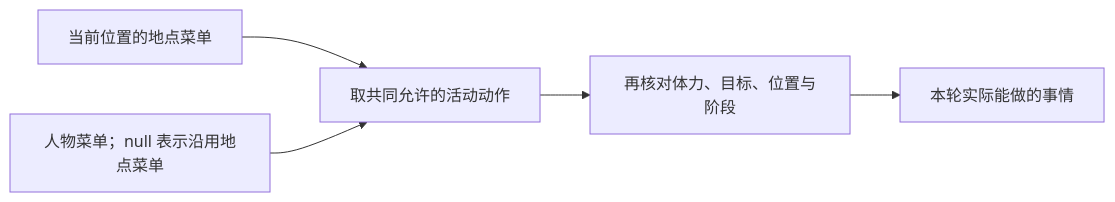
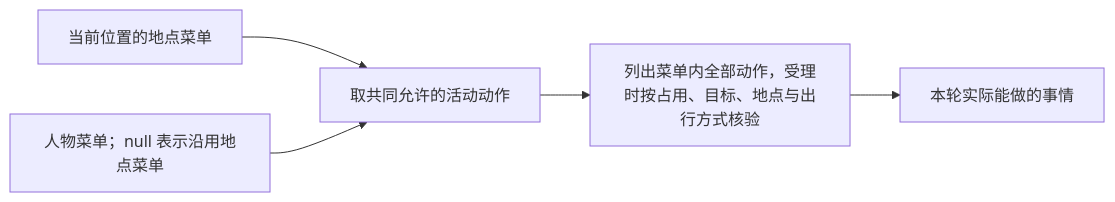
The second of 2 diagrams in docs/manual/scenarios.md (HoldThatThgt/WorldMock), drawn with Mermaid before and after one commit. The commit also changed other lines of this file and 132 other files, not shown here.

````diff
--- a/docs/manual/scenarios.md
+++ b/docs/manual/scenarios.md
@@ -144,7 +144,7 @@
 ```mermaid
 flowchart LR
     LOCATION[当前位置的地点菜单] --> BOTH[取共同允许的活动动作]
     PERSON[人物菜单；null 表示沿用地点菜单] --> BOTH
-    BOTH --> STATE[再核对体力、目标、位置与阶段]
+    BOTH --> STATE[列出菜单内全部动作，受理时按占用、目标、地点与出行方式核验]
     STATE --> ACTION[本轮实际能做的事情]
 ```
````
